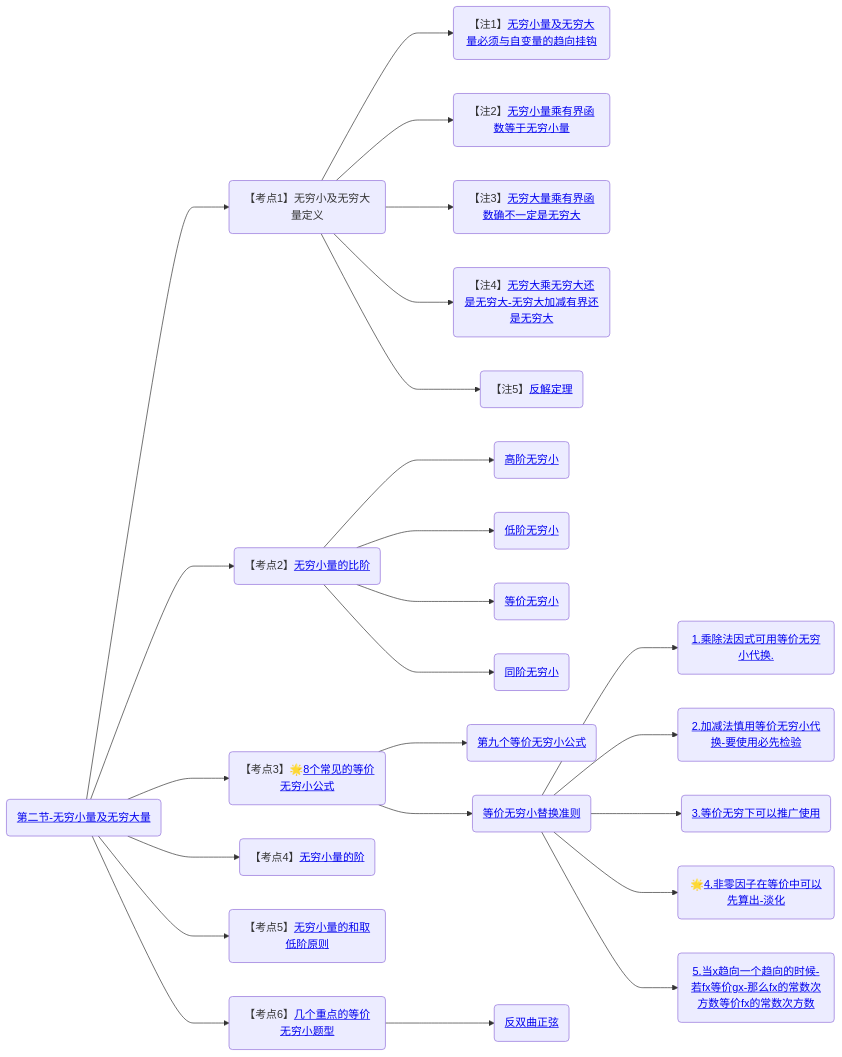
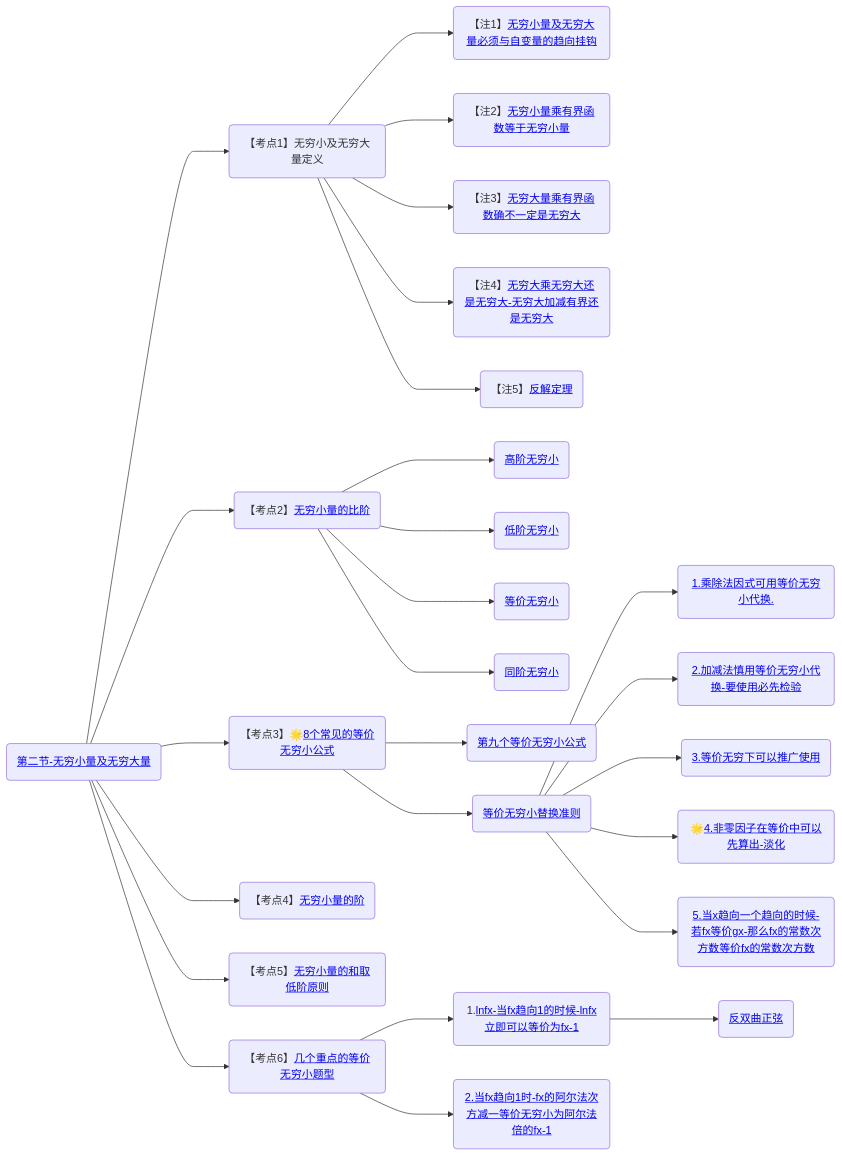
Before and after one commit to yuebinghui/note: the second of 2 diagrams in 笔记/数学/周洋鑫/基础班/00.大纲.md, drawn with Mermaid. The commit also changed 6 other files, not shown here.

````diff
--- a/笔记/数学/周洋鑫/基础班/00.大纲.md
+++ b/笔记/数学/周洋鑫/基础班/00.大纲.md
@@ -41,37 +41,39 @@
 ```mermaid
 graph LR
 
 第二节-无穷小量及无穷大量(<a href="/Users/yuebinghui/Documents/program/github/note/笔记/数学/周洋鑫/基础班/02.无穷小量及无穷大量.md#第二节-无穷小量及无穷大量">第二节-无穷小量及无穷大量</>)
 
 第二节-无穷小量及无穷大量--->无穷小及无穷大量定义(【考点1】无穷小及无穷大量定义)
 
 无穷小及无穷大量定义--->无穷小量及无穷大量必须与自变量的趋向挂钩(【注1】<a href="/Users/yuebinghui/Documents/program/github/note/笔记/数学/周洋鑫/基础班/02.无穷小量及无穷大量.md#无穷小量及无穷大量必须与自变量的趋向挂钩">无穷小量及无穷大量必须与自变量的趋向挂钩</>)
 无穷小及无穷大量定义--->无穷小量乘有界函数等于无穷小量(【注2】<a href="/Users/yuebinghui/Documents/program/github/note/笔记/数学/周洋鑫/基础班/02.无穷小量及无穷大量.md#无穷小量乘有界函数等于无穷小量">无穷小量乘有界函数等于无穷小量</>)
 无穷小及无穷大量定义--->无穷大量乘有界函数确不一定是无穷大(【注3】<a href="/Users/yuebinghui/Documents/program/github/note/笔记/数学/周洋鑫/基础班/02.无穷小量及无穷大量.md#无穷大量乘有界函数确不一定是无穷大">无穷大量乘有界函数确不一定是无穷大</>)
 无穷小及无穷大量定义--->无穷大乘无穷大还是无穷大-无穷大加减有界还是无穷大(【注4】<a href="/Users/yuebinghui/Documents/program/github/note/笔记/数学/周洋鑫/基础班/02.无穷小量及无穷大量.md#无穷大乘无穷大还是无穷大-无穷大加减有界还是无穷大">无穷大乘无穷大还是无穷大-无穷大加减有界还是无穷大</>)
 无穷小及无穷大量定义--->反解定理(【注5】<a href="/Users/yuebinghui/Documents/program/github/note/笔记/数学/周洋鑫/基础班/02.无穷小量及无穷大量.md#反解定理">反解定理</>)
 
 第二节-无穷小量及无穷大量--->无穷小量的比阶(【考点2】<a href="/Users/yuebinghui/Documents/program/github/note/笔记/数学/周洋鑫/基础班/02.无穷小量及无穷大量.md#无穷小量的比阶">无穷小量的比阶</>)
 无穷小量的比阶--->高阶无穷小(<a href="/Users/yuebinghui/Documents/program/github/note/笔记/数学/周洋鑫/基础班/02.无穷小量及无穷大量.md#高阶无穷小">高阶无穷小</>)
 无穷小量的比阶--->低阶无穷小(<a href="/Users/yuebinghui/Documents/program/github/note/笔记/数学/周洋鑫/基础班/02.无穷小量及无穷大量.md#低阶无穷小">低阶无穷小</>)
 无穷小量的比阶--->等价无穷小(<a href="/Users/yuebinghui/Documents/program/github/note/笔记/数学/周洋鑫/基础班/02.无穷小量及无穷大量.md#等价无穷小">等价无穷小</>)
 无穷小量的比阶--->同阶无穷小(<a href="/Users/yuebinghui/Documents/program/github/note/笔记/数学/周洋鑫/基础班/02.无穷小量及无穷大量.md#同阶无穷小">同阶无穷小</>)
 
 第二节-无穷小量及无穷大量--->8个常见的等价无穷小公式(【考点3】🌟<a href="/Users/yuebinghui/Documents/program/github/note/笔记/数学/周洋鑫/基础班/02.无穷小量及无穷大量.md#8个常见的等价无穷小公式">8个常见的等价无穷小公式</>)
 8个常见的等价无穷小公式--->第九个等价无穷小公式(<a href="/Users/yuebinghui/Documents/program/github/note/笔记/数学/周洋鑫/基础班/02.无穷小量及无穷大量.md#第九个等价无穷小公式">第九个等价无穷小公式</>)
 8个常见的等价无穷小公式--->等价无穷小替换准则(<a href="/Users/yuebinghui/Documents/program/github/note/笔记/数学/周洋鑫/基础班/02.无穷小量及无穷大量.md#等价无穷小替换准则">等价无穷小替换准则</>)
 等价无穷小替换准则--->1.乘除法因式可用等价无穷小代换.(<a href="/Users/yuebinghui/Documents/program/github/note/笔记/数学/周洋鑫/基础班/02.无穷小量及无穷大量.md#1.乘除法因式可用等价无穷小代换.">1.乘除法因式可用等价无穷小代换.</>)
 等价无穷小替换准则--->2.加减法慎用等价无穷小代换-要使用必先检验(<a href="/Users/yuebinghui/Documents/program/github/note/笔记/数学/周洋鑫/基础班/02.无穷小量及无穷大量.md#2.加减法慎用等价无穷小代换-要使用必先检验">2.加减法慎用等价无穷小代换-要使用必先检验</>)
 等价无穷小替换准则--->3.等价无穷下可以推广使用(<a href="/Users/yuebinghui/Documents/program/github/note/笔记/数学/周洋鑫/基础班/02.无穷小量及无穷大量.md#3.等价无穷下可以推广使用">3.等价无穷下可以推广使用</>)
 等价无穷小替换准则--->4.非零因子在等价中可以先算出-淡化(🌟<a href="/Users/yuebinghui/Documents/program/github/note/笔记/数学/周洋鑫/基础班/02.无穷小量及无穷大量.md#4.非零因子在等价中可以先算出-淡化">4.非零因子在等价中可以先算出-淡化</>)
 等价无穷小替换准则--->5.当x趋向一个趋向的时候-若fx等价gx-那么fx的常数次方数等价fx的常数次方数(<a href="/Users/yuebinghui/Documents/program/github/note/笔记/数学/周洋鑫/基础班/02.无穷小量及无穷大量.md#5.当x趋向一个趋向的时候-若fx等价gx-那么fx的常数次方数等价fx的常数次方数">5.当x趋向一个趋向的时候-若fx等价gx-那么fx的常数次方数等价fx的常数次方数</>)
 
 第二节-无穷小量及无穷大量--->无穷小量的阶(【考点4】<a href="/Users/yuebinghui/Documents/program/github/note/笔记/数学/周洋鑫/基础班/02.无穷小量及无穷大量.md#无穷小量的阶">无穷小量的阶</>)
 
 第二节-无穷小量及无穷大量--->无穷小量的和取低阶原则(【考点5】<a href="/Users/yuebinghui/Documents/program/github/note/笔记/数学/周洋鑫/基础班/02.无穷小量及无穷大量.md#无穷小量的和取低阶原则">无穷小量的和取低阶原则</>)
 
 第二节-无穷小量及无穷大量--->几个重点的等价无穷小题型(【考点6】<a href="/Users/yuebinghui/Documents/program/github/note/笔记/数学/周洋鑫/基础班/02.无穷小量及无穷大量.md#几个重点的等价无穷小题型">几个重点的等价无穷小题型</>)
-几个重点的等价无穷小题型--->反双曲正弦(<a href="/Users/yuebinghui/Documents/program/github/note/笔记/数学/周洋鑫/基础班/02.无穷小量及无穷大量.md#反双曲正弦">反双曲正弦</>)
+几个重点的等价无穷小题型--->lnfx-当fx趋向1的时候-lnfx立即可以等价为fx-1(1.<a href="/Users/yuebinghui/Documents/program/github/note/笔记/数学/周洋鑫/基础班/02.无穷小量及无穷大量.md#lnfx-当fx趋向1的时候-lnfx立即可以等价为fx-1">lnfx-当fx趋向1的时候-lnfx立即可以等价为fx-1</>)
+lnfx-当fx趋向1的时候-lnfx立即可以等价为fx-1--->反双曲正弦(<a href="/Users/yuebinghui/Documents/program/github/note/笔记/数学/周洋鑫/基础班/02.无穷小量及无穷大量.md#反双曲正弦">反双曲正弦</>)
+几个重点的等价无穷小题型--->2.当fx趋向1时-fx的阿尔法次方减一等价无穷小为阿尔法倍的fx-1(<a href="/Users/yuebinghui/Documents/program/github/note/笔记/数学/周洋鑫/基础班/02.无穷小量及无穷大量.md#2.当fx趋向1时-fx的阿尔法次方减一等价无穷小为阿尔法倍的fx-1">2.当fx趋向1时-fx的阿尔法次方减一等价无穷小为阿尔法倍的fx-1</>)
 
 
 ```
````
